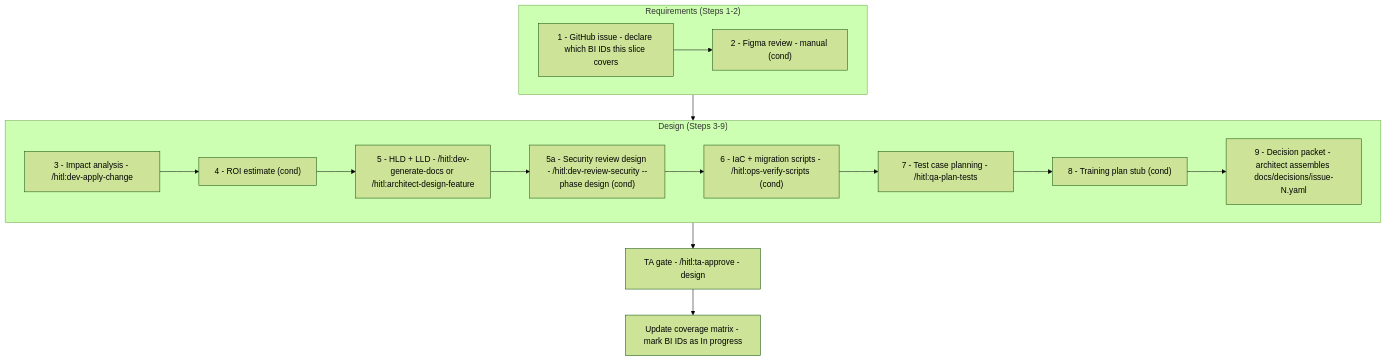
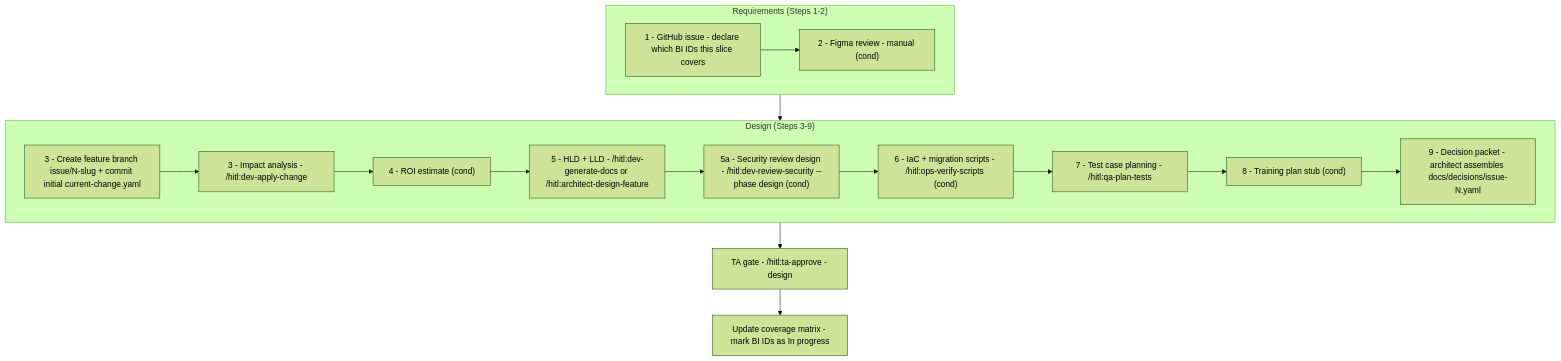
One commit to Prasad-Apparaju/hitl-dev-platform changed the third of 4 diagrams in docs/workflow-migration.md. Above: the diagram before and after it, drawn with Mermaid (forest theme). The commit also changed 3 other files, not shown here.

First line of the commit message:
feat(workflow): add feature branch creation as Step 2a of dev-apply-change

````diff
--- a/docs/workflow-migration.md
+++ b/docs/workflow-migration.md
@@ -116,27 +116,29 @@
 ```mermaid
 graph TB
   subgraph REQ["Requirements (Steps 1-2)"]
     r1["1 - GitHub issue - declare which BI IDs this slice covers"]
     r2["2 - Figma review - manual (cond)"]
     r1 --> r2
   end
 
   subgraph DESIGN["Design (Steps 3-9)"]
+    d3a["3 - Create feature branch issue/N-slug + commit initial current-change.yaml"]
     d3["3 - Impact analysis - /hitl:dev-apply-change"]
+    d3a --> d3
     d4["4 - ROI estimate (cond)"]
     d5["5 - HLD + LLD - /hitl:dev-generate-docs or /hitl:architect-design-feature"]
     d5a["5a - Security review design - /hitl:dev-review-security --phase design (cond)"]
     d6["6 - IaC + migration scripts - /hitl:ops-verify-scripts (cond)"]
     d7["7 - Test case planning - /hitl:qa-plan-tests"]
     d8["8 - Training plan stub (cond)"]
     d9["9 - Decision packet - architect assembles docs/decisions/issue-N.yaml"]
     d3 --> d4 --> d5 --> d5a --> d6 --> d7 --> d8 --> d9
   end
 
   gate1["TA gate - /hitl:ta-approve - design"]
   coverage["Update coverage matrix - mark BI IDs as In progress"]
 
   REQ --> DESIGN
   DESIGN --> gate1
   gate1 --> coverage
 ```
````
